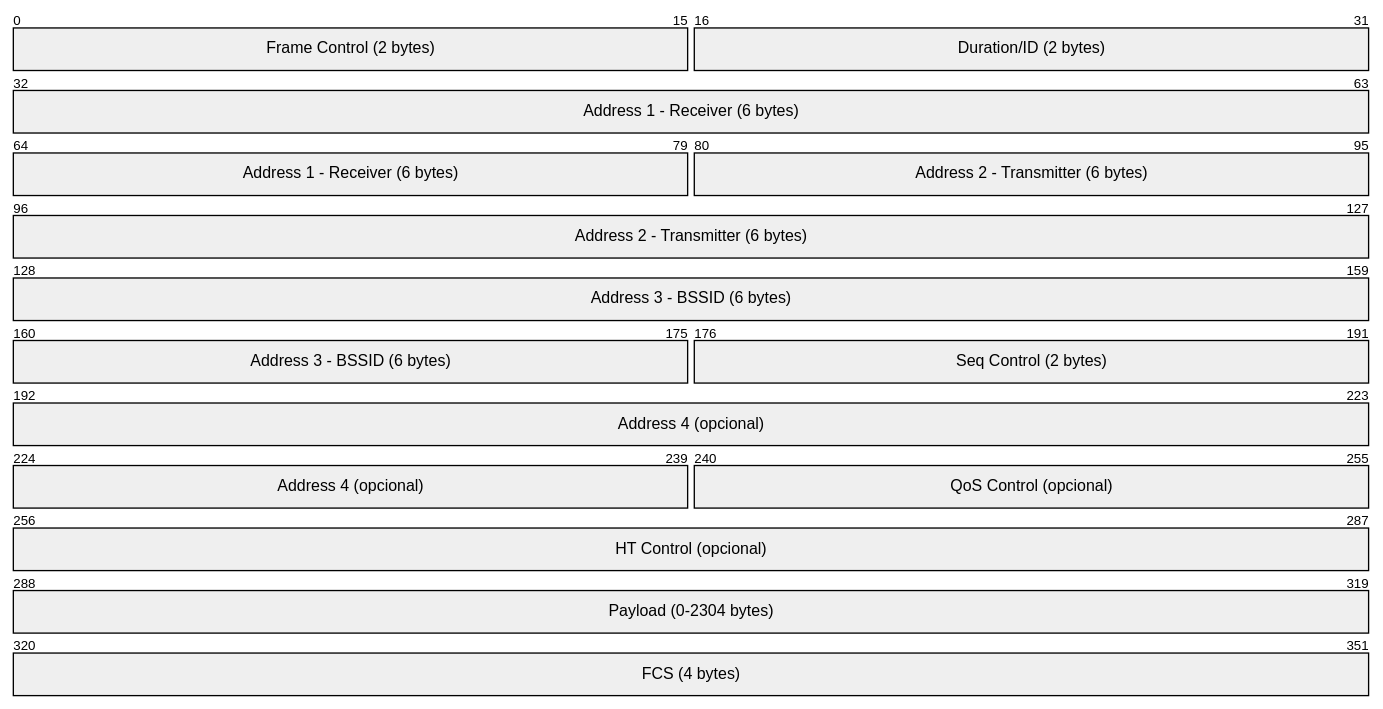
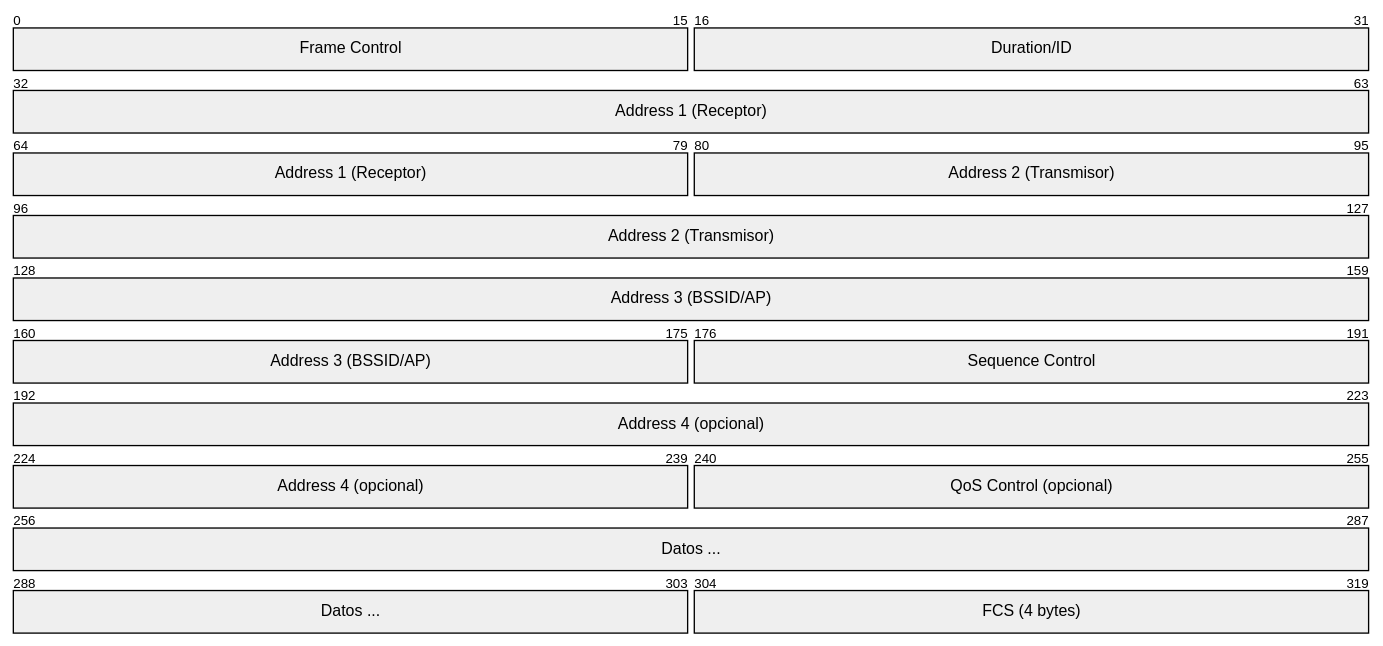
One commit to rrunix/jer_slides changed the eighth of 9 diagrams in ch1_p2_access_layer.qmd. Above: the diagram before and after it, drawn with Mermaid. The commit also changed other lines of this file, not shown here.

Commit message:
update mermaid charts and minor improvements

````diff
--- a/ch1_p2_access_layer.qmd
+++ b/ch1_p2_access_layer.qmd
@@ -433,14 +566,14 @@
 ```{mermaid}
 packet-beta
-    0-15: "Frame Control (2 bytes)"
-    16-31: "Duration/ID (2 bytes)"
-    32-79: "Address 1 - Receiver (6 bytes)"
-    80-127: "Address 2 - Transmitter (6 bytes)"
-    128-175: "Address 3 - BSSID (6 bytes)"
-    176-191: "Seq Control (2 bytes)"
+    0-15: "Frame Control"
+    16-31: "Duration/ID"
+    32-79: "Address 1 (Receptor)"
+    80-127: "Address 2 (Transmisor)"
+    128-175: "Address 3 (BSSID/AP)"
+    176-191: "Sequence Control"
     192-239: "Address 4 (opcional)"
     240-255: "QoS Control (opcional)"
-    256-287: "HT Control (opcional)"
-    288-319: "Payload (0-2304 bytes)"
-    320-351: "FCS (4 bytes)"
+    256-287: "Datos ..."
+    288-303: "Datos ..."
+    304-319: "FCS (4 bytes)"
 ```
````
